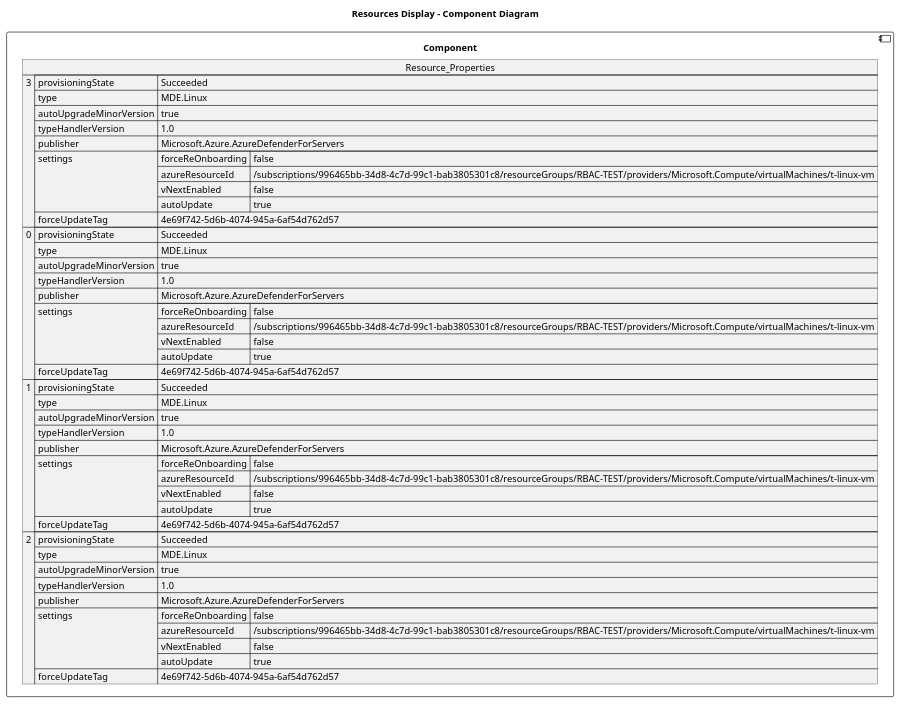
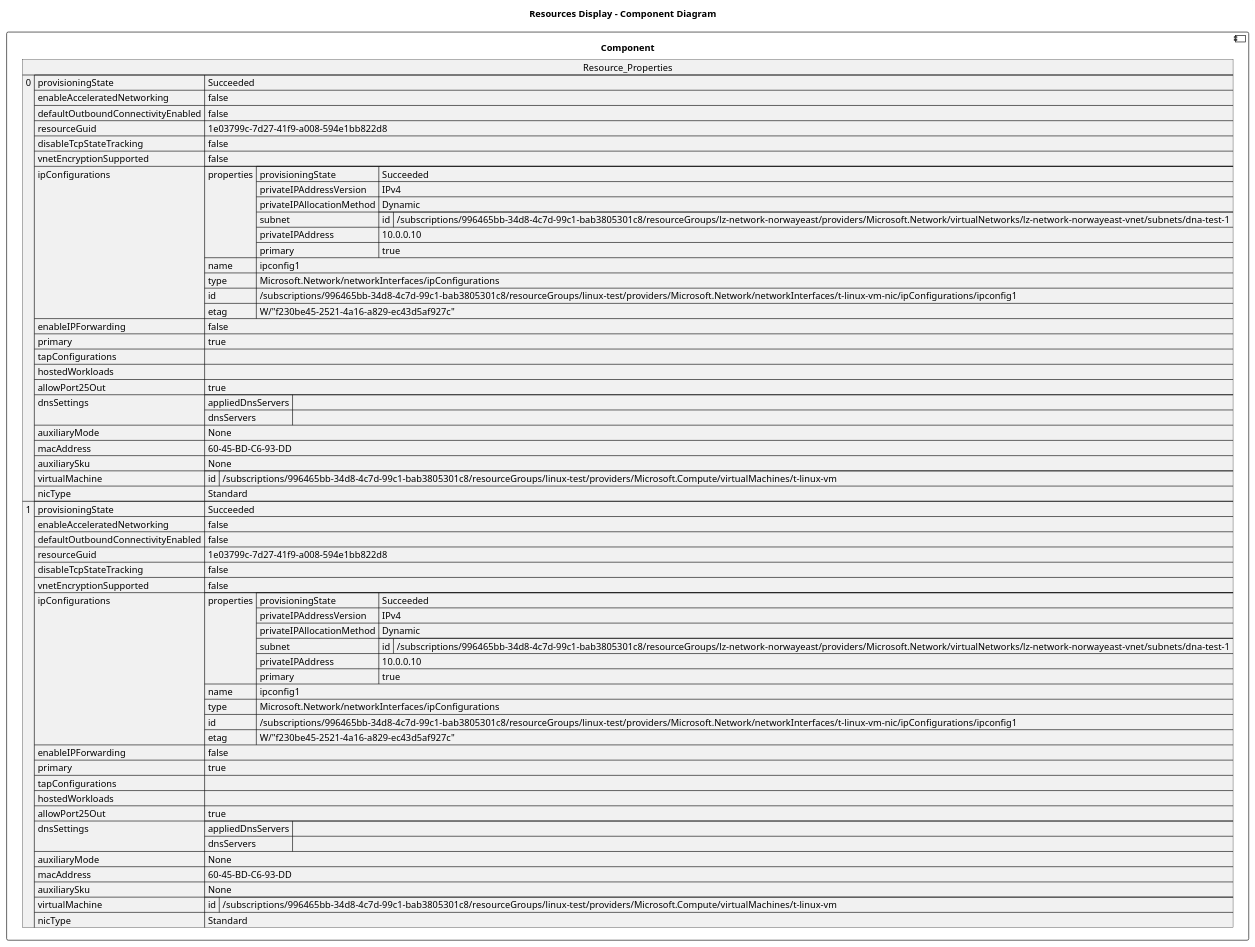
One commit to DanielAmpong/Test-Azure-architecture-diagram changed the diagram in architectureDesign/PUML/rbac-test_Resources/t_linux_vm_nic.puml. Above: the diagram before and after it, drawn with PlantUML. The commit also changed 762 other files, not shown here.

```diff
--- a/architectureDesign/PUML/rbac-test_Resources/t_linux_vm_nic.puml
+++ b/architectureDesign/PUML/rbac-test_Resources/t_linux_vm_nic.puml
@@ -1,66 +1,94 @@
 @startuml
 
 title Resources Display - Component Diagram
 
 component Component {
 
 json  Resource_Properties {
-  "3": {
-    "provisioningState": "Succeeded",
-    "type": "MDE.Linux",
-    "autoUpgradeMinorVersion": true,
-    "typeHandlerVersion": "1.0",
-    "publisher": "Microsoft.Azure.AzureDefenderForServers",
-    "settings": {
-      "forceReOnboarding": false,
-      "azureResourceId": "/subscriptions/996465bb-34d8-4c7d-99c1-bab3805301c8/resourceGroups/RBAC-TEST/providers/Microsoft.Compute/virtualMachines/t-linux-vm",
-      "vNextEnabled": false,
-      "autoUpdate": true
-    },
-    "forceUpdateTag": "4e69f742-5d6b-4074-945a-6af54d762d57"
-  },
   "0": {
     "provisioningState": "Succeeded",
-    "type": "MDE.Linux",
-    "autoUpgradeMinorVersion": true,
-    "typeHandlerVersion": "1.0",
-    "publisher": "Microsoft.Azure.AzureDefenderForServers",
-    "settings": {
-      "forceReOnboarding": false,
-      "azureResourceId": "/subscriptions/996465bb-34d8-4c7d-99c1-bab3805301c8/resourceGroups/RBAC-TEST/providers/Microsoft.Compute/virtualMachines/t-linux-vm",
-      "vNextEnabled": false,
-      "autoUpdate": true
+    "enableAcceleratedNetworking": false,
+    "defaultOutboundConnectivityEnabled": false,
+    "resourceGuid": "1e03799c-7d27-41f9-a008-594e1bb822d8",
+    "disableTcpStateTracking": false,
+    "vnetEncryptionSupported": false,
+    "ipConfigurations": [
+      {
+        "properties": {
+          "provisioningState": "Succeeded",
+          "privateIPAddressVersion": "IPv4",
+          "privateIPAllocationMethod": "Dynamic",
+          "subnet": {
+            "id": "/subscriptions/996465bb-34d8-4c7d-99c1-bab3805301c8/resourceGroups/lz-network-norwayeast/providers/Microsoft.Network/virtualNetworks/lz-network-norwayeast-vnet/subnets/dna-test-1"
+          },
+          "privateIPAddress": "10.0.0.10",
+          "primary": true
+        },
+        "name": "ipconfig1",
+        "type": "Microsoft.Network/networkInterfaces/ipConfigurations",
+        "id": "/subscriptions/996465bb-34d8-4c7d-99c1-bab3805301c8/resourceGroups/linux-test/providers/Microsoft.Network/networkInterfaces/t-linux-vm-nic/ipConfigurations/ipconfig1",
+        "etag": "W/\"f230be45-2521-4a16-a829-ec43d5af927c\""
+      }
+    ],
+    "enableIPForwarding": false,
+    "primary": true,
+    "tapConfigurations": [],
+    "hostedWorkloads": [],
+    "allowPort25Out": true,
+    "dnsSettings": {
+      "appliedDnsServers": [],
+      "dnsServers": []
     },
-    "forceUpdateTag": "4e69f742-5d6b-4074-945a-6af54d762d57"
+    "auxiliaryMode": "None",
+    "macAddress": "60-45-BD-C6-93-DD",
+    "auxiliarySku": "None",
+    "virtualMachine": {
+      "id": "/subscriptions/996465bb-34d8-4c7d-99c1-bab3805301c8/resourceGroups/linux-test/providers/Microsoft.Compute/virtualMachines/t-linux-vm"
+    },
+    "nicType": "Standard"
   },
   "1": {
     "provisioningState": "Succeeded",
-    "type": "MDE.Linux",
-    "autoUpgradeMinorVersion": true,
-    "typeHandlerVersion": "1.0",
-    "publisher": "Microsoft.Azure.AzureDefenderForServers",
-    "settings": {
-      "forceReOnboarding": false,
-      "azureResourceId": "/subscriptions/996465bb-34d8-4c7d-99c1-bab3805301c8/resourceGroups/RBAC-TEST/providers/Microsoft.Compute/virtualMachines/t-linux-vm",
-      "vNextEnabled": false,
-      "autoUpdate": true
+    "enableAcceleratedNetworking": false,
+    "defaultOutboundConnectivityEnabled": false,
+    "resourceGuid": "1e03799c-7d27-41f9-a008-594e1bb822d8",
+    "disableTcpStateTracking": false,
+    "vnetEncryptionSupported": false,
+    "ipConfigurations": [
+      {
+        "properties": {
+          "provisioningState": "Succeeded",
+          "privateIPAddressVersion": "IPv4",
+          "privateIPAllocationMethod": "Dynamic",
+          "subnet": {
+            "id": "/subscriptions/996465bb-34d8-4c7d-99c1-bab3805301c8/resourceGroups/lz-network-norwayeast/providers/Microsoft.Network/virtualNetworks/lz-network-norwayeast-vnet/subnets/dna-test-1"
+          },
+          "privateIPAddress": "10.0.0.10",
+          "primary": true
+        },
+        "name": "ipconfig1",
+        "type": "Microsoft.Network/networkInterfaces/ipConfigurations",
+        "id": "/subscriptions/996465bb-34d8-4c7d-99c1-bab3805301c8/resourceGroups/linux-test/providers/Microsoft.Network/networkInterfaces/t-linux-vm-nic/ipConfigurations/ipconfig1",
+        "etag": "W/\"f230be45-2521-4a16-a829-ec43d5af927c\""
+      }
+    ],
+    "enableIPForwarding": false,
+    "primary": true,
+    "tapConfigurations": [],
+    "hostedWorkloads": [],
+    "allowPort25Out": true,
+    "dnsSettings": {
+      "appliedDnsServers": [],
+      "dnsServers": []
     },
-    "forceUpdateTag": "4e69f742-5d6b-4074-945a-6af54d762d57"
-  },
-  "2": {
-    "provisioningState": "Succeeded",
-    "type": "MDE.Linux",
-    "autoUpgradeMinorVersion": true,
-    "typeHandlerVersion": "1.0",
-    "publisher": "Microsoft.Azure.AzureDefenderForServers",
-    "settings": {
-      "forceReOnboarding": false,
-      "azureResourceId": "/subscriptions/996465bb-34d8-4c7d-99c1-bab3805301c8/resourceGroups/RBAC-TEST/providers/Microsoft.Compute/virtualMachines/t-linux-vm",
-      "vNextEnabled": false,
-      "autoUpdate": true
+    "auxiliaryMode": "None",
+    "macAddress": "60-45-BD-C6-93-DD",
+    "auxiliarySku": "None",
+    "virtualMachine": {
+      "id": "/subscriptions/996465bb-34d8-4c7d-99c1-bab3805301c8/resourceGroups/linux-test/providers/Microsoft.Compute/virtualMachines/t-linux-vm"
     },
-    "forceUpdateTag": "4e69f742-5d6b-4074-945a-6af54d762d57"
+    "nicType": "Standard"
   }
 }
 }
 @enduml
```
